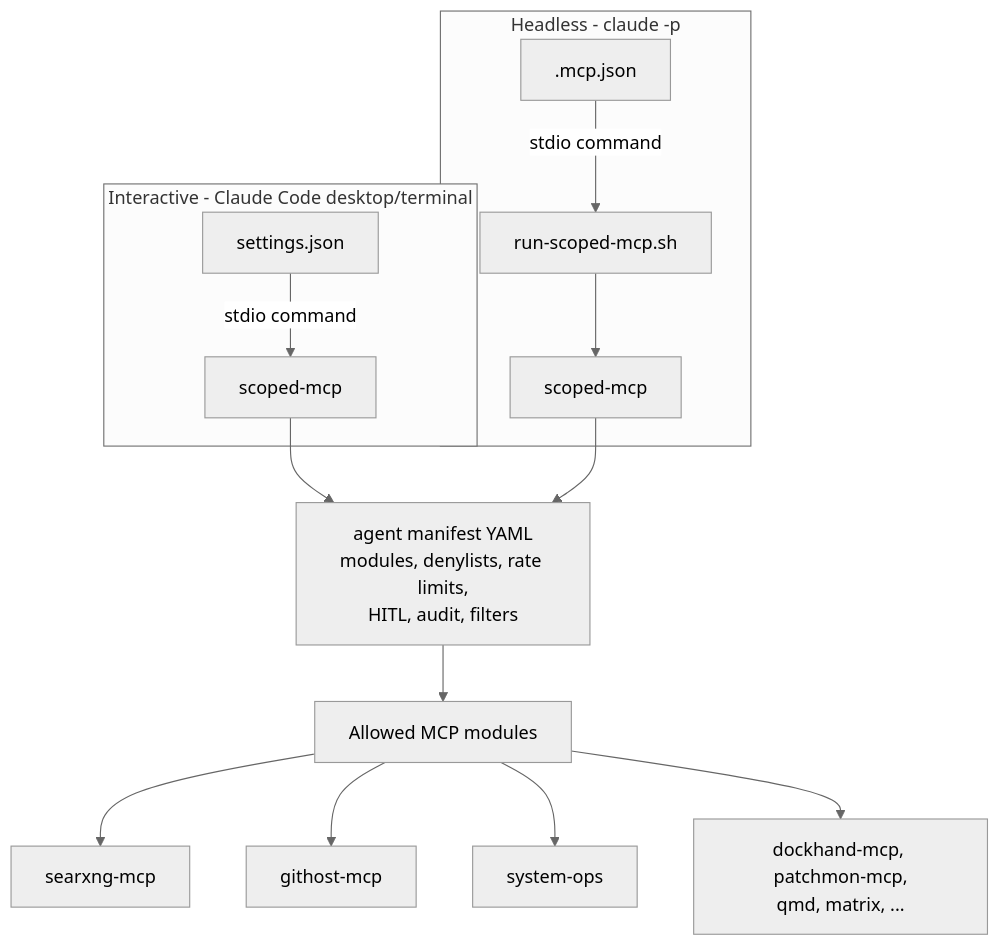
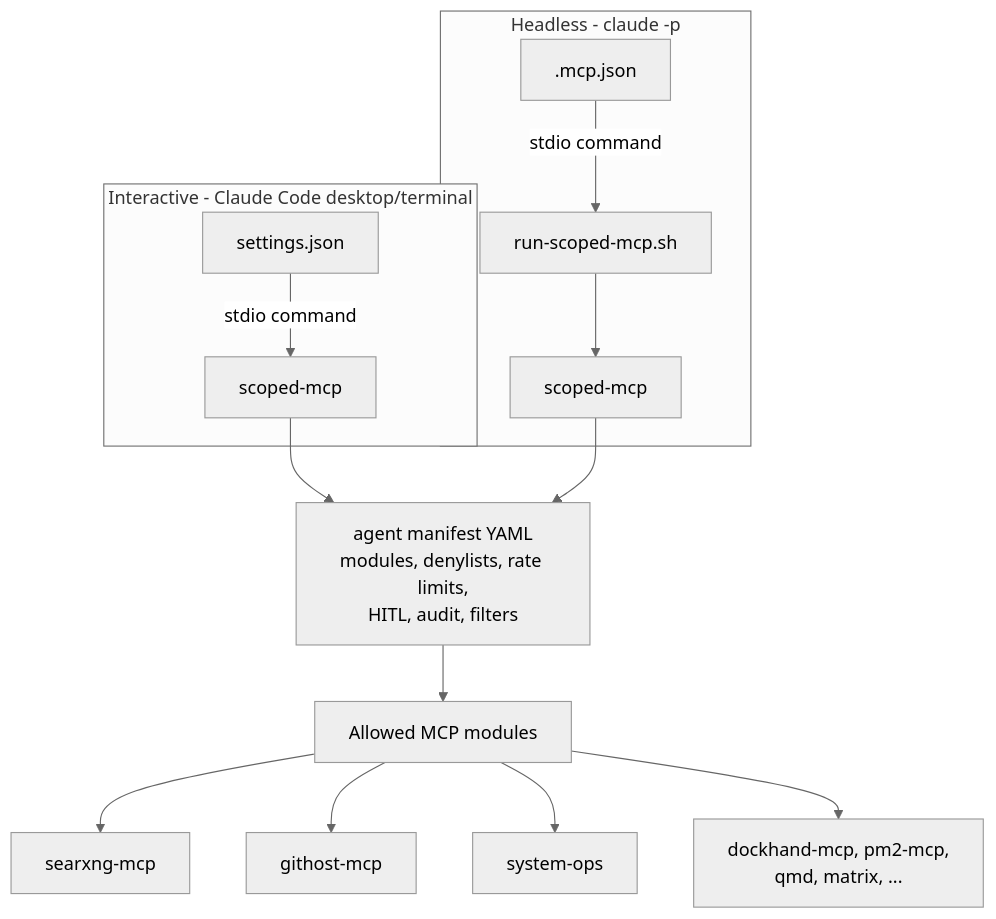
Before and after one commit to TadMSTR/homelab-agent: the first of 3 diagrams in docs/components/agent/scoped-mcp.md, drawn with Mermaid (neutral theme). The commit also changed other lines of this file and 3 other files, not shown here.

First line of the commit message:
docs(components): retire patchmon-mcp

````diff
--- a/docs/components/agent/scoped-mcp.md
+++ b/docs/components/agent/scoped-mcp.md
@@ -69,22 +69,22 @@
 ```mermaid
 flowchart TD
     subgraph "Interactive - Claude Code desktop/terminal"
         settings["settings.json"]
         settings -->|"stdio command"| scoped_i["scoped-mcp"]
     end
 
     subgraph "Headless - claude -p"
         mcp_json[".mcp.json"]
         mcp_json -->|"stdio command"| wrapper["run-scoped-mcp.sh"]
         wrapper --> scoped_h["scoped-mcp"]
     end
 
     scoped_i --> manifest["agent manifest YAML\nmodules, denylists, rate limits,\nHITL, audit, filters"]
     scoped_h --> manifest
 
     manifest --> tools["Allowed MCP modules"]
     tools --> mcp1["searxng-mcp"]
     tools --> mcp2["githost-mcp"]
     tools --> mcp3["system-ops"]
-    tools --> mcp4["dockhand-mcp, patchmon-mcp,\nqmd, matrix, ..."]
+    tools --> mcp4["dockhand-mcp, pm2-mcp,\nqmd, matrix, ..."]
 ```
````
